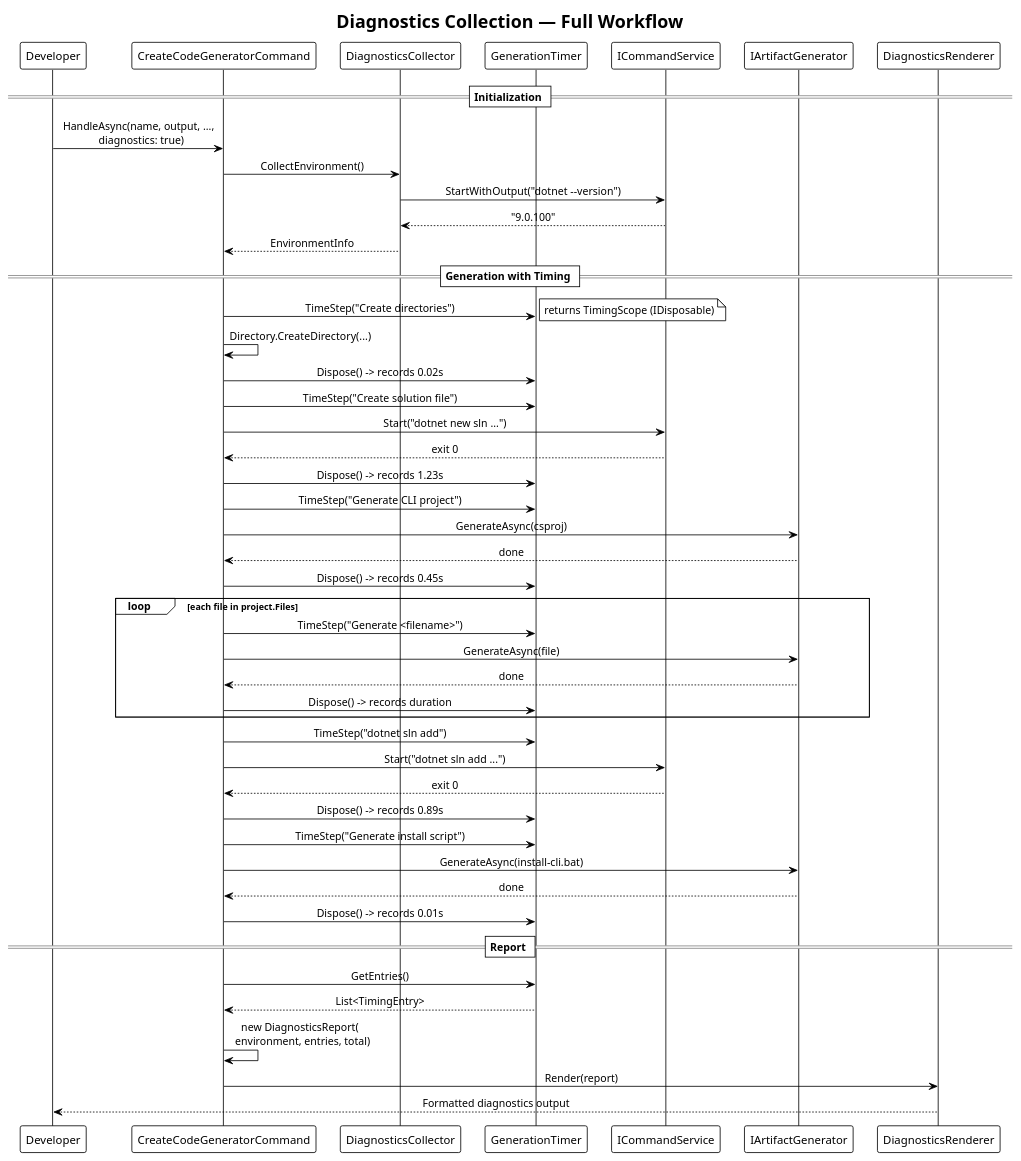
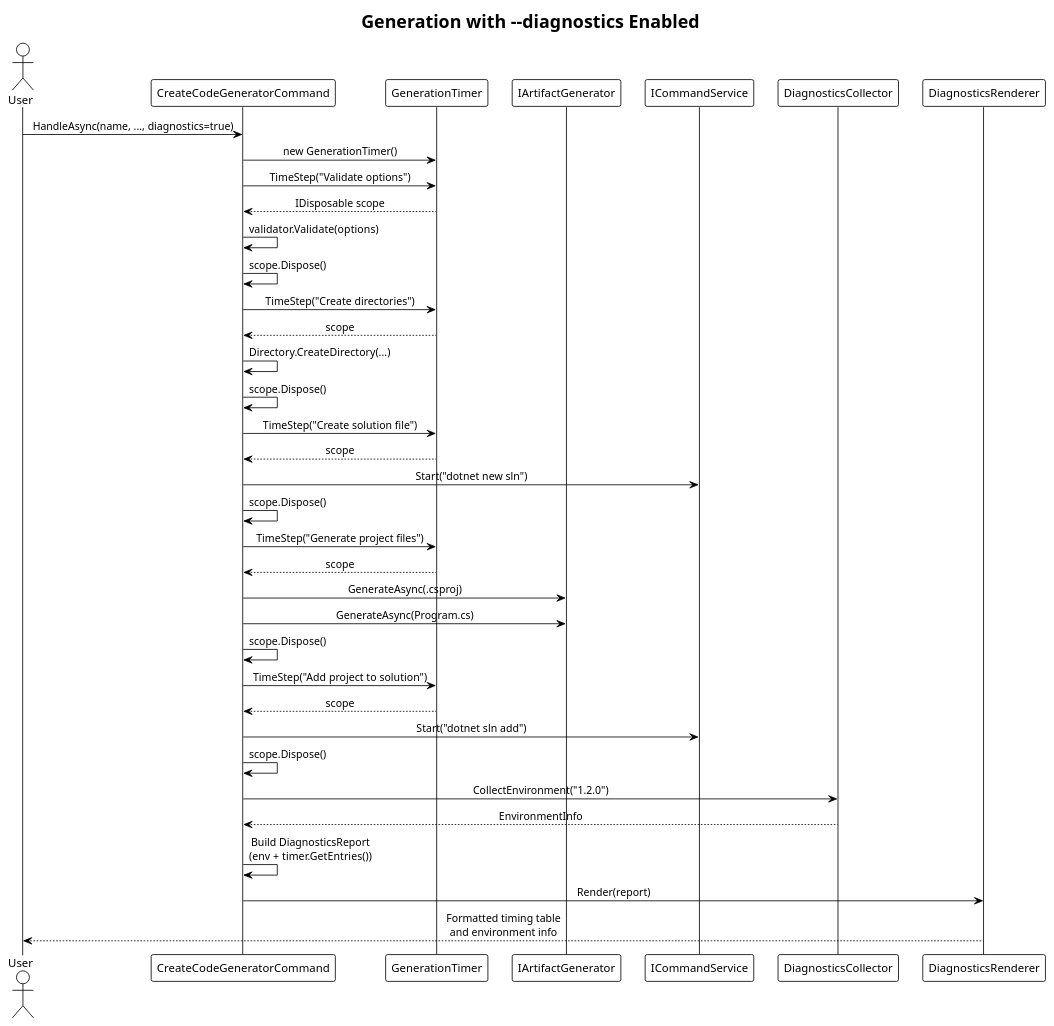
One commit to QuinntyneBrown/CodeGenerator changed the diagram in docs/detailed-designs/49-telemetry-and-diagnostics/diagrams/sequence_diagnostics.puml. Above: the diagram before and after it, drawn with PlantUML. The commit also changed 155 other files, not shown here.

```diff
--- a/docs/detailed-designs/49-telemetry-and-diagnostics/diagrams/sequence_diagnostics.puml
+++ b/docs/detailed-designs/49-telemetry-and-diagnostics/diagrams/sequence_diagnostics.puml
@@ -1,68 +1,52 @@
 @startuml sequence_diagnostics
 !theme plain
 skinparam sequenceMessageAlign center
 
-title Diagnostics Collection — Full Workflow
+title Generation with --diagnostics Enabled
 
-participant "Developer" as Dev
-participant "CreateCodeGeneratorCommand" as Cmd
-participant "DiagnosticsCollector" as Collector
-participant "GenerationTimer" as Timer
+actor User
+participant "CreateCodeGeneratorCommand" as CMD
+participant "GenerationTimer" as GT
+participant "IArtifactGenerator" as AG
 participant "ICommandService" as CS
-participant "IArtifactGenerator" as AG
-participant "DiagnosticsRenderer" as Renderer
+participant "DiagnosticsCollector" as DC
+participant "DiagnosticsRenderer" as DR
 
-== Initialization ==
+User -> CMD: HandleAsync(name, ..., diagnostics=true)
+CMD -> GT: new GenerationTimer()
 
-Dev -> Cmd : HandleAsync(name, output, ...,\n  diagnostics: true)
+CMD -> GT: TimeStep("Validate options")
+GT --> CMD: IDisposable scope
+CMD -> CMD: validator.Validate(options)
+CMD -> CMD: scope.Dispose()
 
-Cmd -> Collector : CollectEnvironment()
-Collector -> CS : StartWithOutput("dotnet --version")
-CS --> Collector : "9.0.100"
-Collector --> Cmd : EnvironmentInfo
+CMD -> GT: TimeStep("Create directories")
+GT --> CMD: scope
+CMD -> CMD: Directory.CreateDirectory(...)
+CMD -> CMD: scope.Dispose()
 
-== Generation with Timing ==
+CMD -> GT: TimeStep("Create solution file")
+GT --> CMD: scope
+CMD -> CS: Start("dotnet new sln")
+CMD -> CMD: scope.Dispose()
 
-Cmd -> Timer : TimeStep("Create directories")
-note right: returns TimingScope (IDisposable)
-Cmd -> Cmd : Directory.CreateDirectory(...)
-Cmd -> Timer : Dispose() -> records 0.02s
+CMD -> GT: TimeStep("Generate project files")
+GT --> CMD: scope
+CMD -> AG: GenerateAsync(.csproj)
+CMD -> AG: GenerateAsync(Program.cs)
+CMD -> CMD: scope.Dispose()
 
-Cmd -> Timer : TimeStep("Create solution file")
-Cmd -> CS : Start("dotnet new sln ...")
-CS --> Cmd : exit 0
-Cmd -> Timer : Dispose() -> records 1.23s
+CMD -> GT: TimeStep("Add project to solution")
+GT --> CMD: scope
+CMD -> CS: Start("dotnet sln add")
+CMD -> CMD: scope.Dispose()
 
-Cmd -> Timer : TimeStep("Generate CLI project")
-Cmd -> AG : GenerateAsync(csproj)
-AG --> Cmd : done
-Cmd -> Timer : Dispose() -> records 0.45s
+CMD -> DC: CollectEnvironment("1.2.0")
+DC --> CMD: EnvironmentInfo
 
-loop each file in project.Files
-    Cmd -> Timer : TimeStep("Generate <filename>")
-    Cmd -> AG : GenerateAsync(file)
-    AG --> Cmd : done
-    Cmd -> Timer : Dispose() -> records duration
-end
+CMD -> CMD: Build DiagnosticsReport\n(env + timer.GetEntries())
 
-Cmd -> Timer : TimeStep("dotnet sln add")
-Cmd -> CS : Start("dotnet sln add ...")
-CS --> Cmd : exit 0
-Cmd -> Timer : Dispose() -> records 0.89s
-
-Cmd -> Timer : TimeStep("Generate install script")
-Cmd -> AG : GenerateAsync(install-cli.bat)
-AG --> Cmd : done
-Cmd -> Timer : Dispose() -> records 0.01s
-
-== Report ==
-
-Cmd -> Timer : GetEntries()
-Timer --> Cmd : List<TimingEntry>
-
-Cmd -> Cmd : new DiagnosticsReport(\n  environment, entries, total)
-
-Cmd -> Renderer : Render(report)
-Renderer --> Dev : Formatted diagnostics output
+CMD -> DR: Render(report)
+DR --> User: Formatted timing table\nand environment info
 
 @enduml
```
